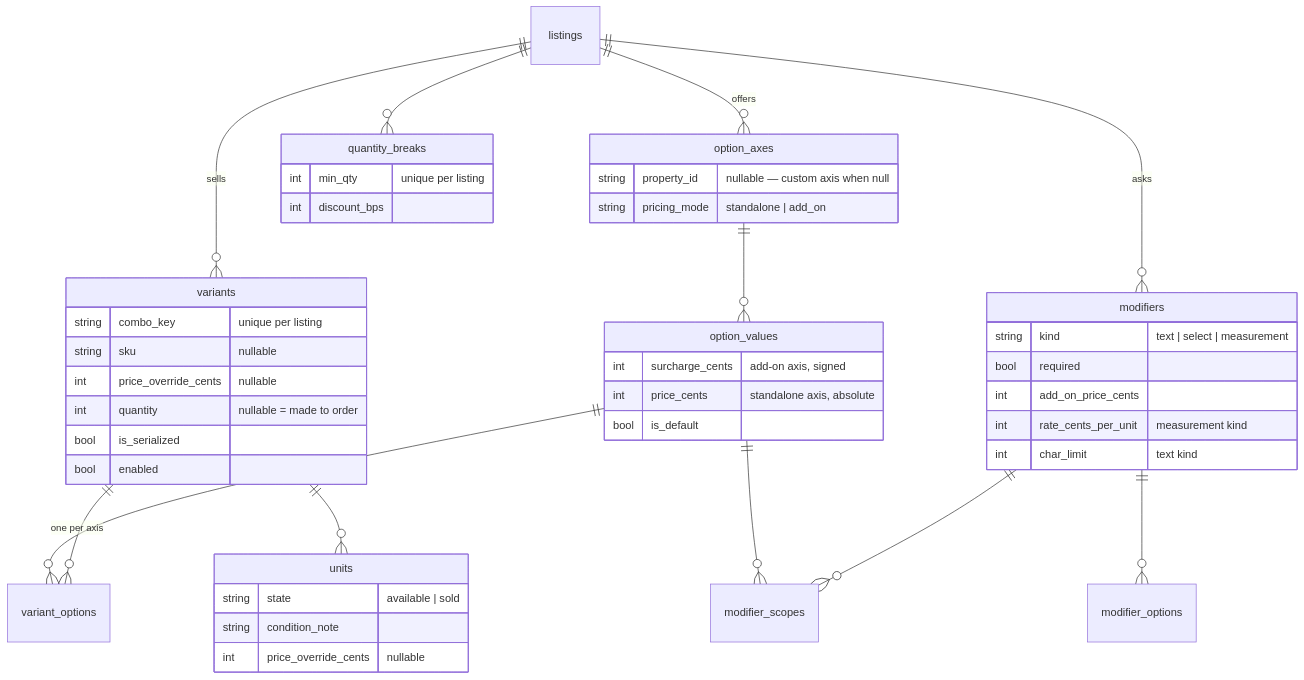
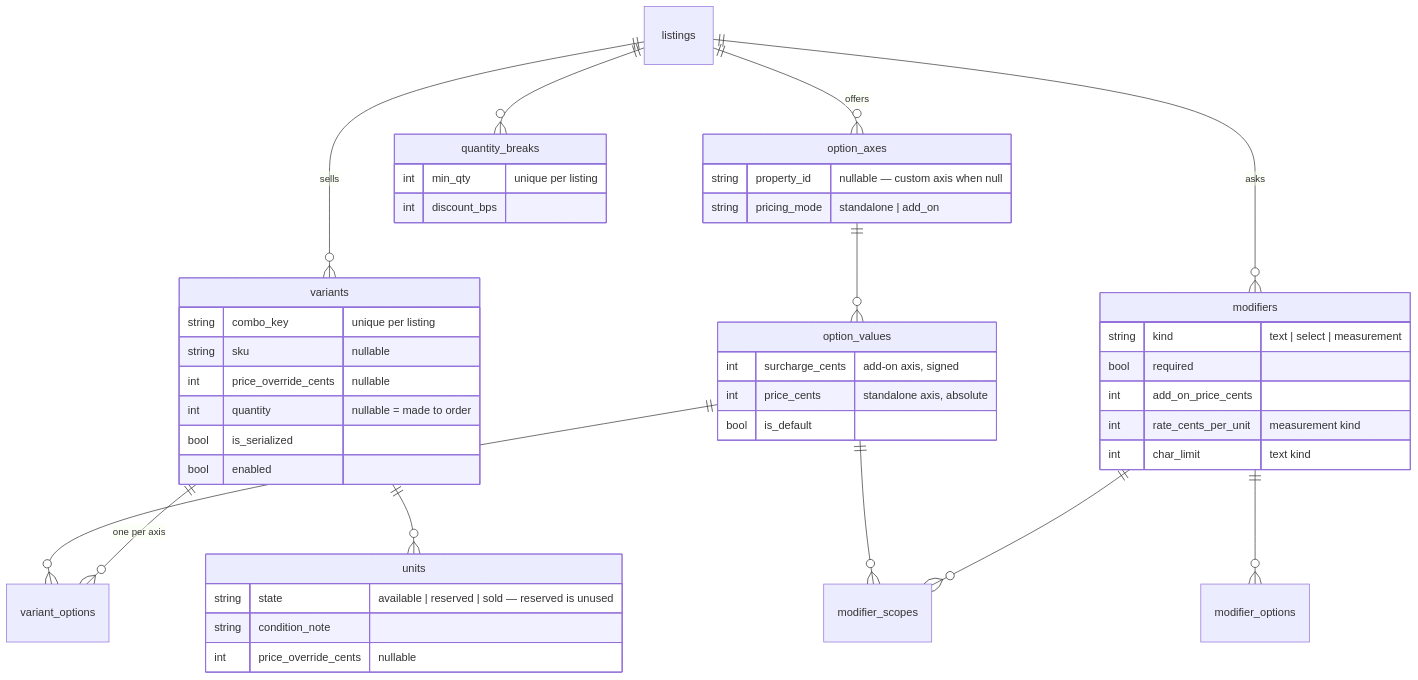
The fifth of 5 diagrams in docs/item-configuration.md (jonathan-beebe/art-store), drawn with Mermaid before and after one commit. The commit also changed other lines of this file and 26 other files, not shown here.

````diff
--- a/docs/item-configuration.md
+++ b/docs/item-configuration.md
@@ -137,48 +137,48 @@
 ```mermaid
 erDiagram
     listings ||--o{ option_axes : offers
     option_axes ||--o{ option_values : ""
     listings ||--o{ variants : sells
     variants ||--o{ variant_options : "one per axis"
     option_values ||--o{ variant_options : ""
     variants ||--o{ units : ""
     listings ||--o{ modifiers : asks
     modifiers ||--o{ modifier_options : ""
     modifiers ||--o{ modifier_scopes : ""
     option_values ||--o{ modifier_scopes : ""
     listings ||--o{ quantity_breaks : ""
 
     option_axes {
         string property_id "nullable — custom axis when null"
         string pricing_mode "standalone | add_on"
     }
     option_values {
         int surcharge_cents "add-on axis, signed"
         int price_cents "standalone axis, absolute"
         bool is_default
     }
     variants {
         string combo_key "unique per listing"
         string sku "nullable"
         int price_override_cents "nullable"
         int quantity "nullable = made to order"
         bool is_serialized
         bool enabled
     }
     units {
-        string state "available | sold"
+        string state "available | reserved | sold — reserved is unused"
         string condition_note
         int price_override_cents "nullable"
     }
     modifiers {
         string kind "text | select | measurement"
         bool required
         int add_on_price_cents
         int rate_cents_per_unit "measurement kind"
         int char_limit "text kind"
     }
     quantity_breaks {
         int min_qty "unique per listing"
         int discount_bps
     }
 ```
````
